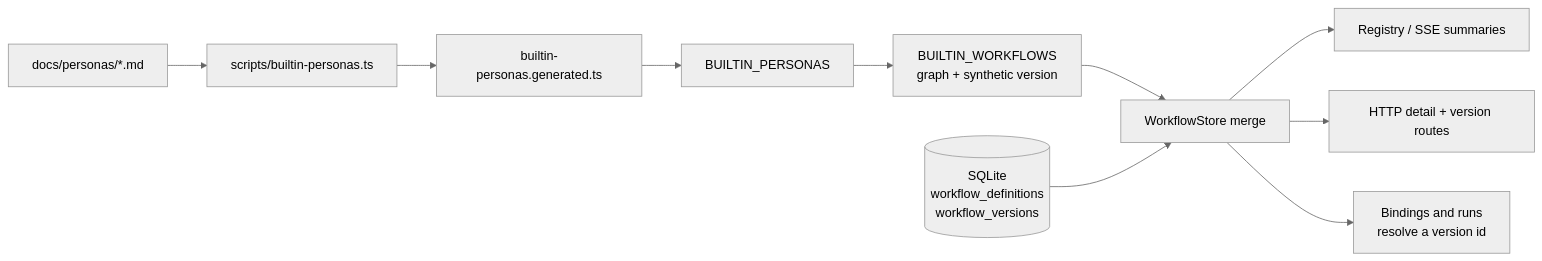
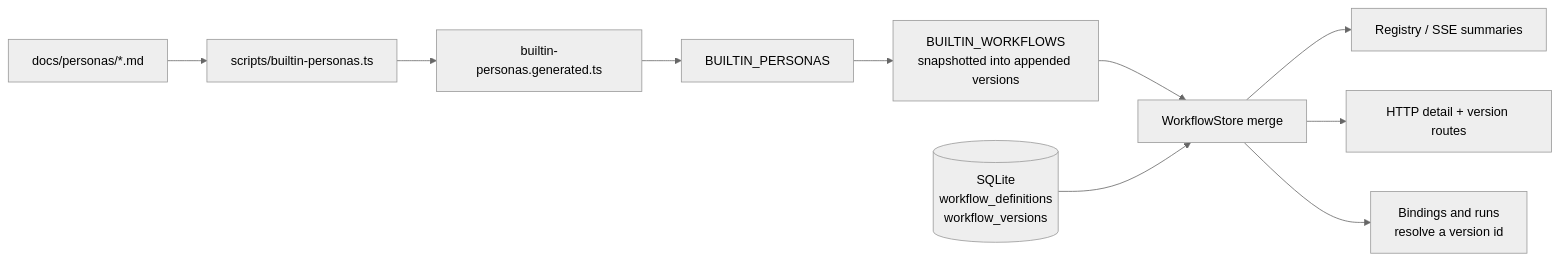
One commit to teamupstart/mission-control changed the first of 2 diagrams in docs/plans/builtin-workflows/plan.md. Above: the diagram before and after it, drawn with Mermaid (neutral theme). The commit also changed other lines of this file and 6 other files, not shown here.

````diff
--- a/docs/plans/builtin-workflows/plan.md
+++ b/docs/plans/builtin-workflows/plan.md
@@ -167,12 +168,12 @@
 ```mermaid
 flowchart LR
   MD[docs/personas/*.md] --> GEN[scripts/builtin-personas.ts]
   GEN --> GP[builtin-personas.generated.ts]
   GP --> BP[BUILTIN_PERSONAS]
-  BP --> BW[BUILTIN_WORKFLOWS<br/>graph + synthetic version]
+  BP --> BW[BUILTIN_WORKFLOWS<br/>snapshotted into appended versions]
   BW --> STORE[WorkflowStore merge]
   ROWS[(SQLite<br/>workflow_definitions<br/>workflow_versions)] --> STORE
   STORE --> SSE[Registry / SSE summaries]
   STORE --> HTTP[HTTP detail + version routes]
   STORE --> BIND[Bindings and runs<br/>resolve a version id]
 ```
````
